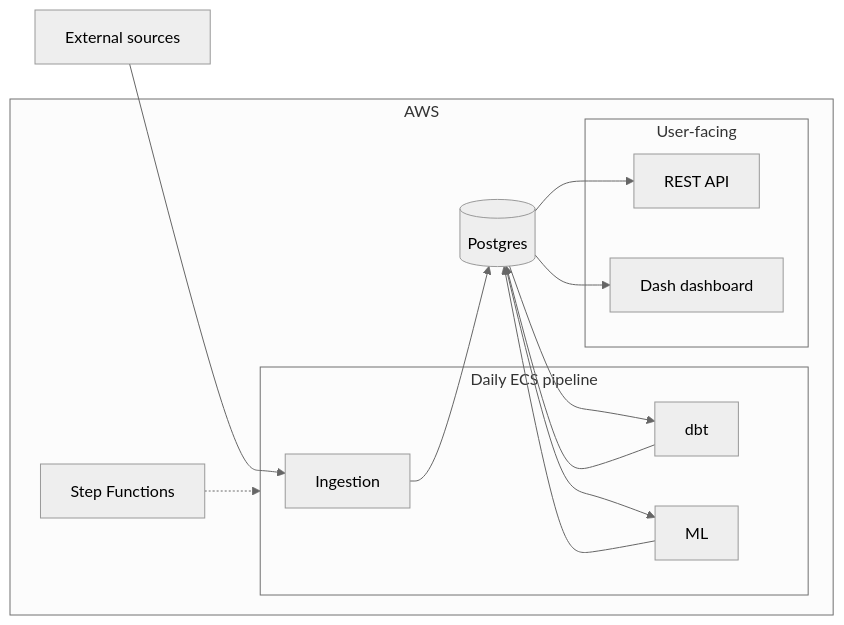
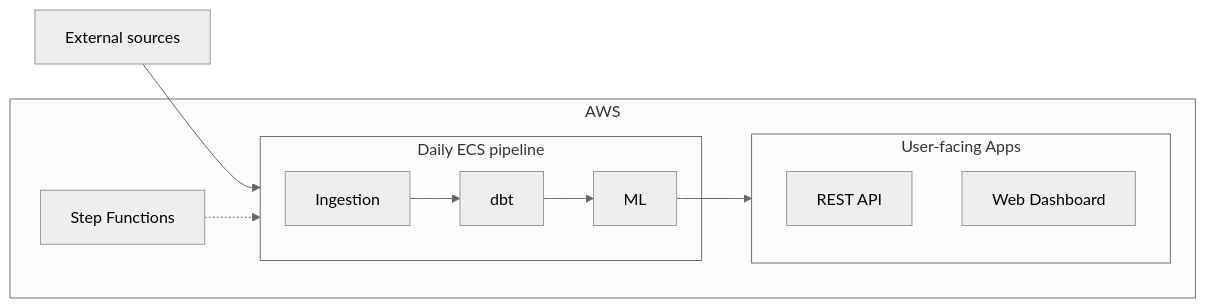
The diagram in src/content/projects/nba-elt-pipeline.md (jyablonski/site), drawn with Mermaid (neutral theme) before and after one commit. The commit also changed other lines of this file and 29 other files, not shown here.

````diff
--- a/src/content/projects/nba-elt-pipeline.md
+++ b/src/content/projects/nba-elt-pipeline.md
@@ -26,31 +26,24 @@
 ```mermaid
 flowchart LR
   SRC[External sources]
 
   subgraph aws [AWS]
     SF[Step Functions]
 
     subgraph pipeline [Daily ECS pipeline]
       ING[Ingestion]
       DBT[dbt]
       ML[ML]
     end
 
-    PG[(Postgres)]
-
-    subgraph serve [User-facing]
+    subgraph serve [User-facing Apps]
       API[REST API]
-      DASH[Dash dashboard]
+      DASH[Web Dashboard]
     end
   end
 
-  SRC --> ING
+  SRC --> pipeline
   SF -.-> pipeline
-  ING --> PG
-  PG --> DBT
-  DBT --> PG
-  PG --> ML
-  ML --> PG
-  PG --> API
-  PG --> DASH
+  ING --> DBT --> ML
+  ML --> serve
 ```
````
